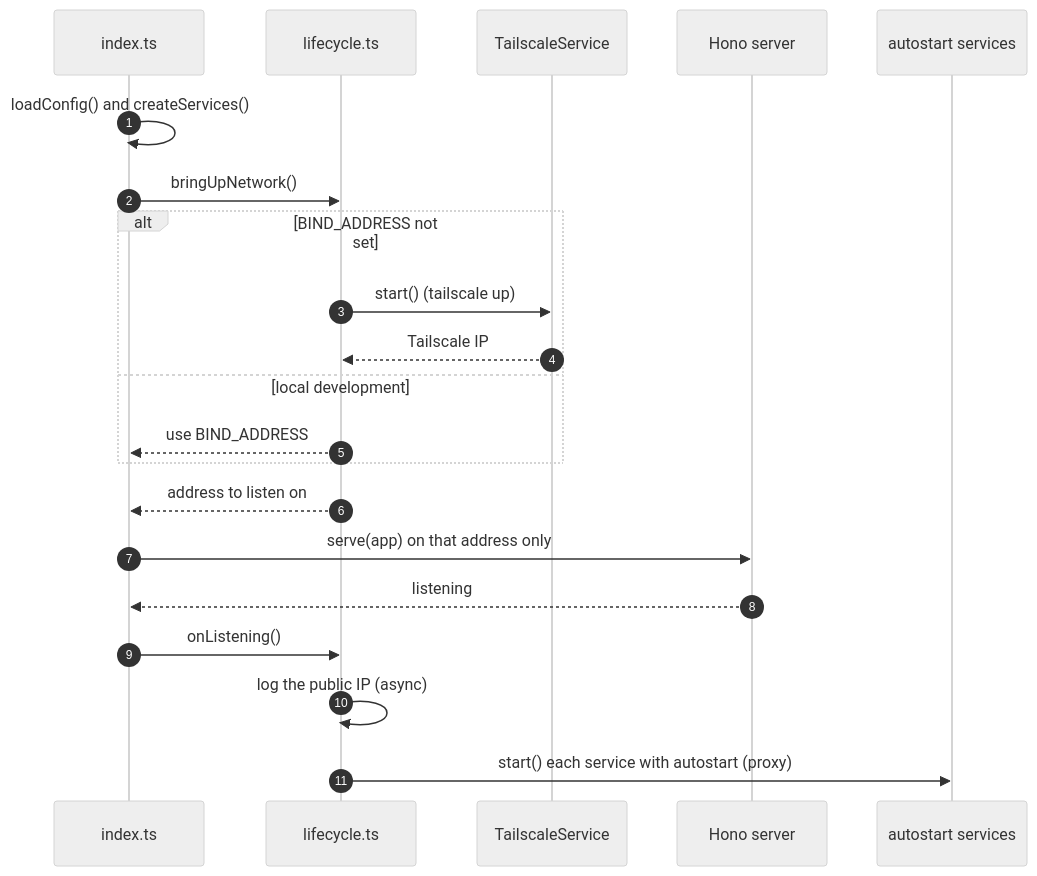
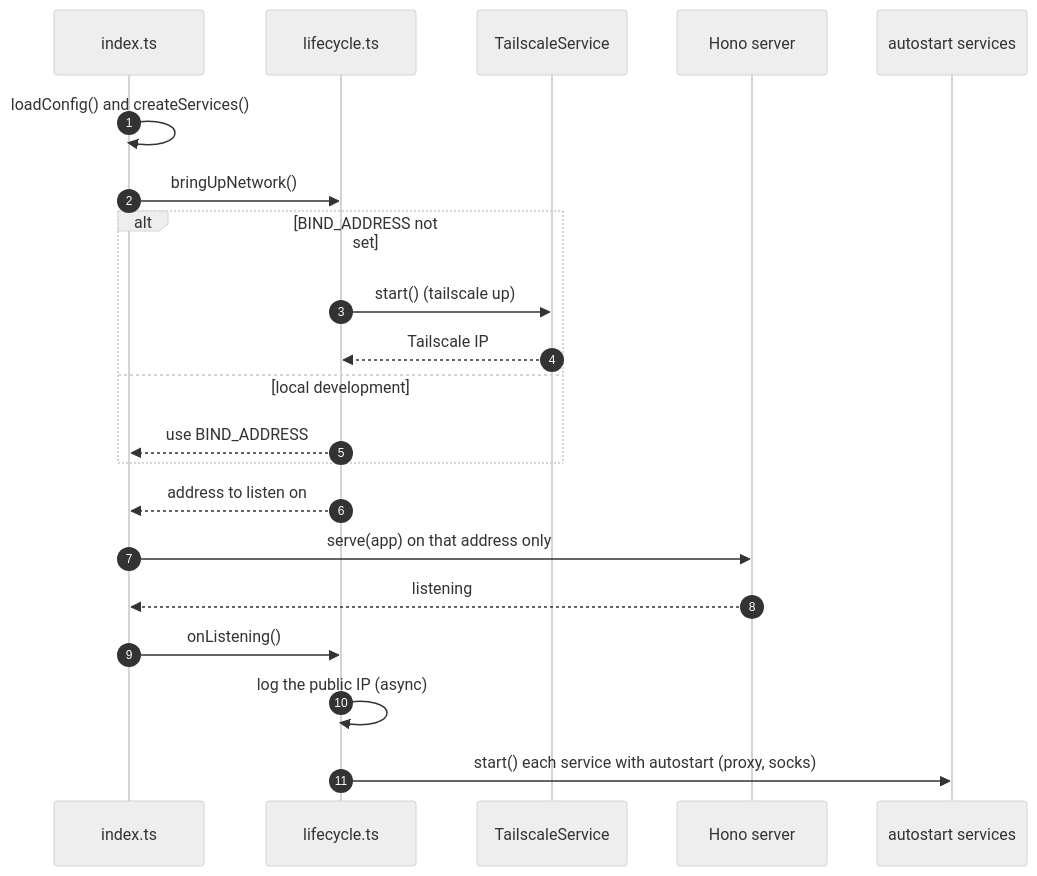
One commit to amirhmp/gh-panel changed the third of 5 diagrams in README.md. Above: the diagram before and after it, drawn with Mermaid (neutral theme). The commit also changed other lines of this file and 4 other files, not shown here.

Commit message:
feat: SOCKS proxy added

````diff
--- a/README.md
+++ b/README.md
@@ -145,24 +148,24 @@
 ```mermaid
 sequenceDiagram
   autonumber
   participant I as index.ts
   participant L as lifecycle.ts
   participant T as TailscaleService
   participant H as Hono server
   participant S as autostart services
 
   I->>I: loadConfig() and createServices()
   I->>L: bringUpNetwork()
   alt BIND_ADDRESS not set
     L->>T: start() (tailscale up)
     T-->>L: Tailscale IP
   else local development
     L-->>I: use BIND_ADDRESS
   end
   L-->>I: address to listen on
   I->>H: serve(app) on that address only
   H-->>I: listening
   I->>L: onListening()
   L->>L: log the public IP (async)
-  L->>S: start() each service with autostart (proxy)
+  L->>S: start() each service with autostart (proxy, socks)
 ```
````
